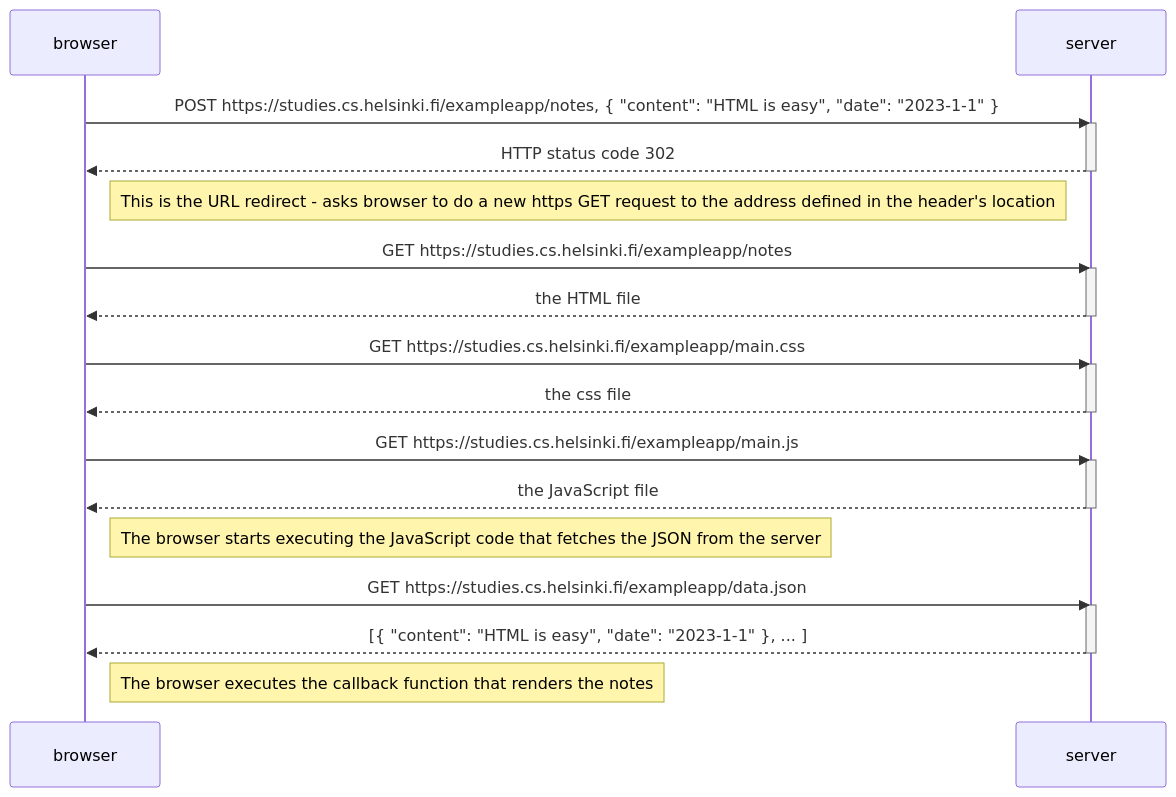
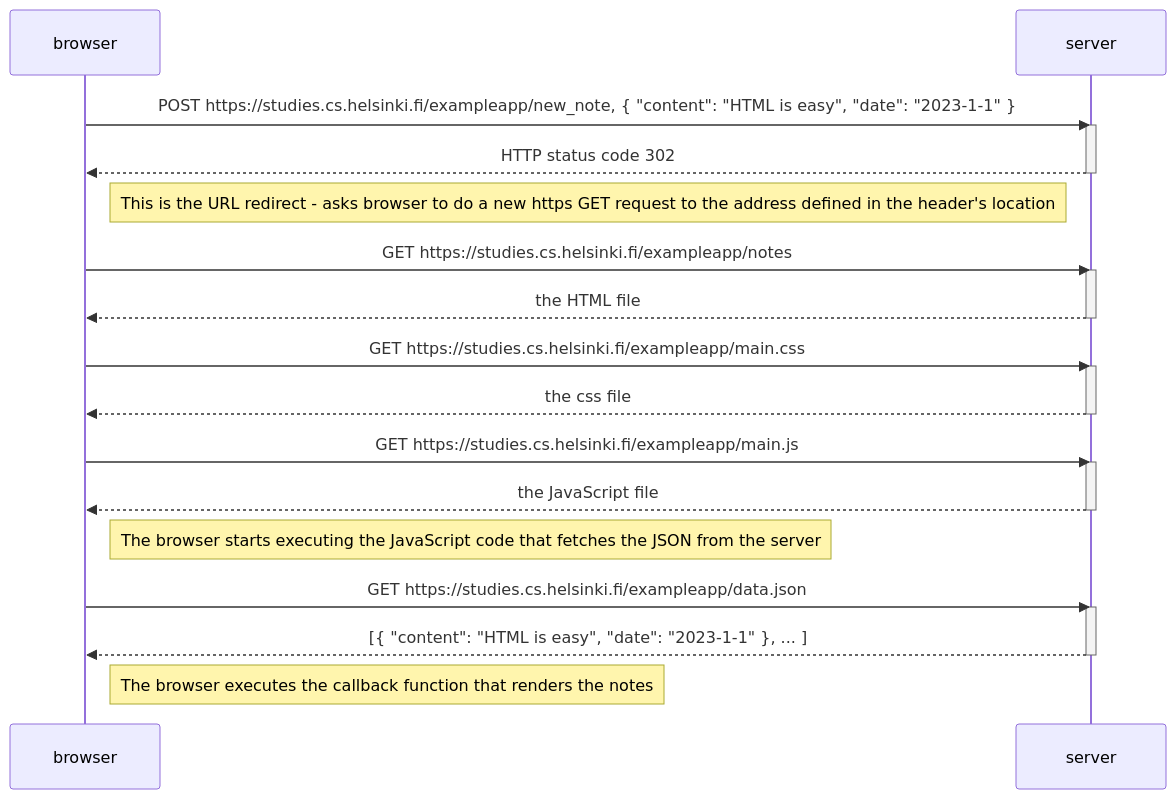
The diagram in part0/ex0.4.md (hoaingodong/ReactJS), drawn with Mermaid before and after one commit. The commit also changed 1 other file, not shown here.

Commit message:
fix: fix ex0.4, 0.6

````diff
--- a/part0/ex0.4.md
+++ b/part0/ex0.4.md
@@ -1,37 +1,37 @@
 ```mermaid
 
 sequenceDiagram
     participant browser
     participant server
 
-    browser->>server: POST https://studies.cs.helsinki.fi/exampleapp/notes, { "content": "HTML is easy", "date": "2023-1-1" }
+    browser->>server: POST https://studies.cs.helsinki.fi/exampleapp/new_note, { "content": "HTML is easy", "date": "2023-1-1" }
     activate server 
     server-->>browser: HTTP status code 302
     deactivate server
 
     Note right of browser: This is the URL redirect - asks browser to do a new https GET request to the address defined in the header's location
 
     browser->>server: GET https://studies.cs.helsinki.fi/exampleapp/notes
     activate server
     server-->>browser: the HTML file
     deactivate server
 
     browser->>server: GET https://studies.cs.helsinki.fi/exampleapp/main.css
     activate server
     server-->>browser: the css file
     deactivate server
 
     browser->>server: GET https://studies.cs.helsinki.fi/exampleapp/main.js
     activate server
     server-->>browser: the JavaScript file
     deactivate server
 
     Note right of browser: The browser starts executing the JavaScript code that fetches the JSON from the server
 
     browser->>server: GET https://studies.cs.helsinki.fi/exampleapp/data.json
     activate server
     server-->>browser: [{ "content": "HTML is easy", "date": "2023-1-1" }, ... ]
     deactivate server
 
     Note right of browser: The browser executes the callback function that renders the notes
 ```
````
